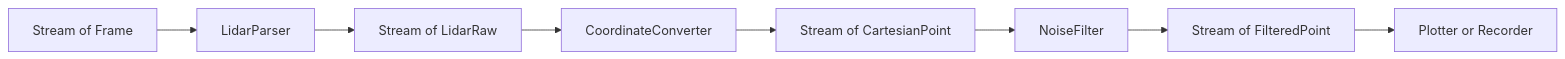
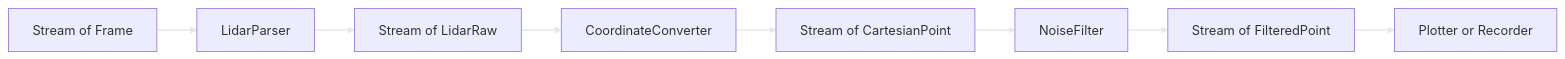
The first of 2 diagrams in docs/typed-pipelines.md (kei185/my-plot), drawn with Mermaid before and after one commit. The commit also changed other lines of this file and 8 other files, not shown here.

````diff
--- a/docs/typed-pipelines.md
+++ b/docs/typed-pipelines.md
@@ -13,13 +13,15 @@
 ```mermaid
 flowchart LR
     frames[Stream of Frame]
     parser[LidarParser]
     raw[Stream of LidarRaw]
     converter[CoordinateConverter]
     points[Stream of CartesianPoint]
     filter[NoiseFilter]
     filtered[Stream of FilteredPoint]
     consumer[Plotter or Recorder]
 
     frames --> parser --> raw --> converter --> points --> filter --> filtered --> consumer
+
+    linkStyle default stroke:#E5E7EB,stroke-width:2px;
 ```
````
